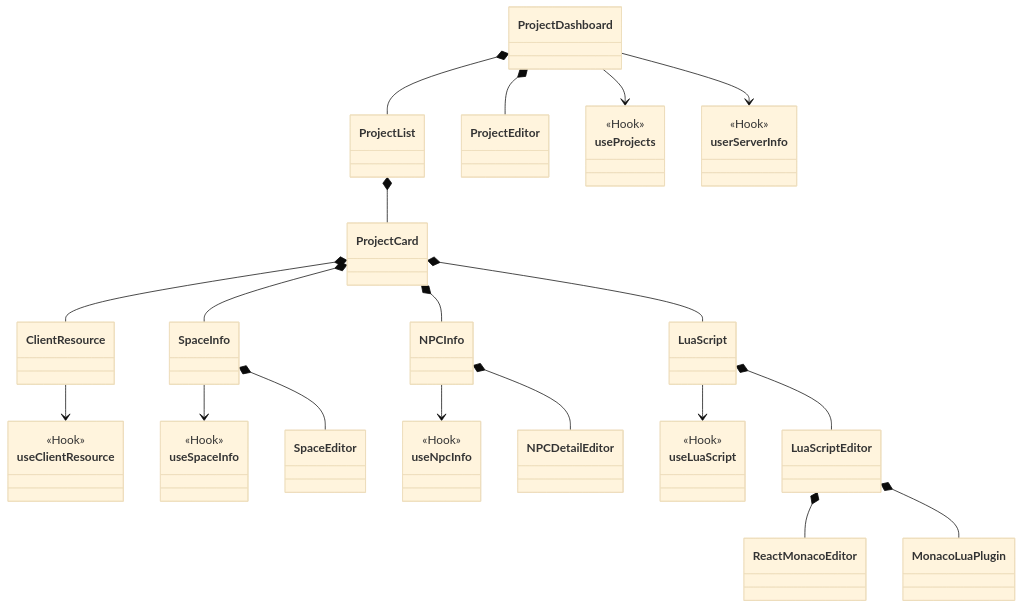
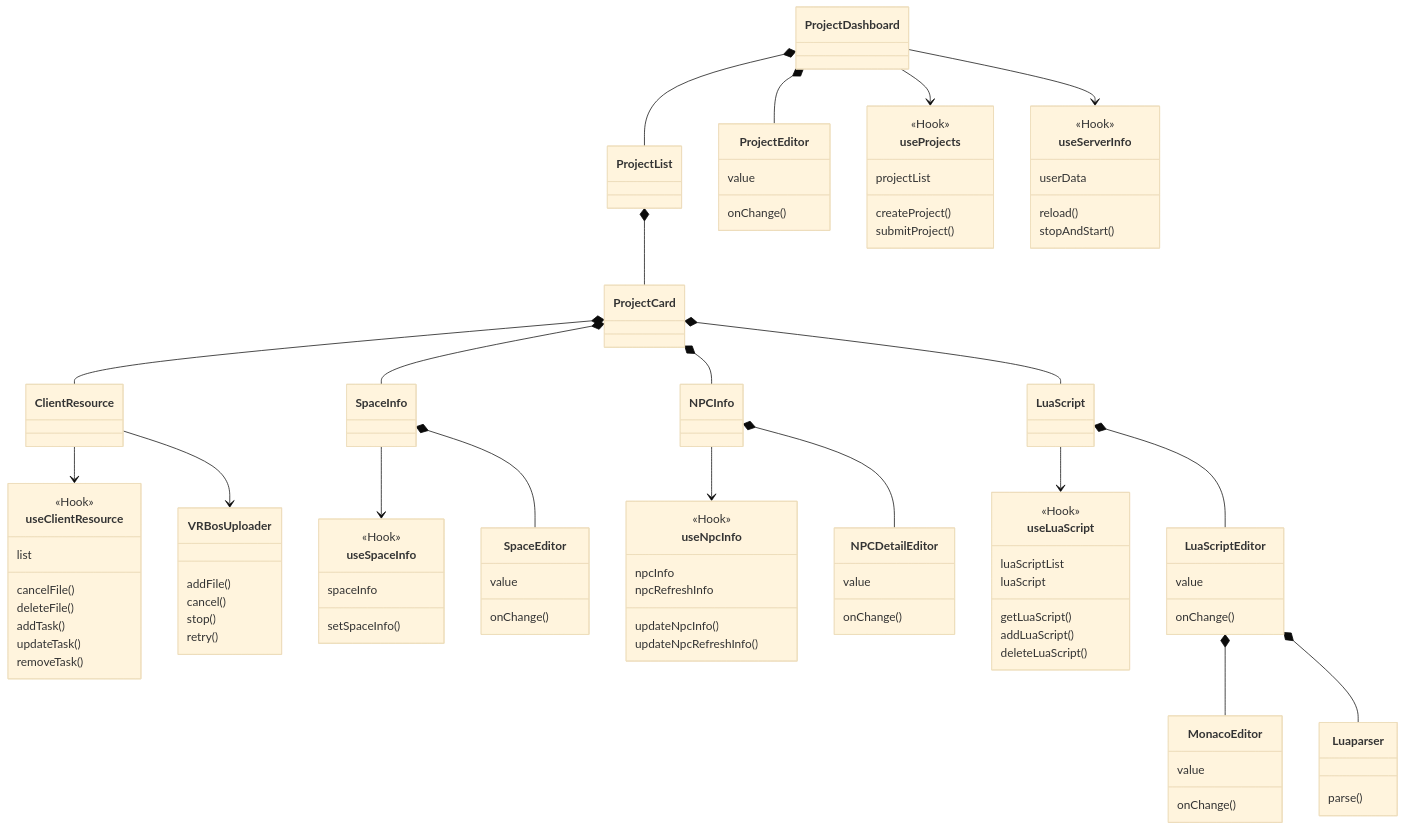
The eighth of 14 diagrams in src/routes/posts/2021/09/13-1519-xirang/document.mdx (mzvast/mzvast.github.io), drawn with Mermaid (base theme) before and after one commit. The commit also changed other lines of this file, not shown here.

Commit message:
update detail in hooks

````diff
--- a/src/routes/posts/2021/09/13-1519-xirang/document.mdx
+++ b/src/routes/posts/2021/09/13-1519-xirang/document.mdx
@@ -141,14 +141,18 @@
     }
 
     class ProjectEditor{
-
+	value
+	onChange()
     }
 
     ProjectDashboard --> useProjects
-    ProjectDashboard --> userServerInfo
+    ProjectDashboard --> useServerInfo
 
     class useProjects{
 	<<Hook>>
+	createProject()
+	projectList
+	submitProject()
     }
   
      class ProjectList{
@@ -166,8 +170,11 @@
      ProjectCard *-- LuaScript
     
 
-    class userServerInfo{
+    class useServerInfo{
 	<<Hook>>
+	userData
+	reload()
+	stopAndStart()
     }
     
      
@@ -175,9 +182,23 @@
     class ClientResource{
     }
     ClientResource --> useClientResource
+    ClientResource --> VRBosUploader
+
+    class VRBosUploader{
+	addFile()
+	cancel()
+	stop()
+	retry()
+    }
 
     class useClientResource{
 	<<Hook>>
+	list
+	cancelFile()
+	deleteFile()
+	addTask()
+	updateTask()
+	removeTask()
     }
 
     class SpaceInfo{
@@ -187,11 +208,15 @@
 
     class useSpaceInfo{
 	<<Hook>>
+	spaceInfo
+	setSpaceInfo()
     }
 
     SpaceInfo *-- SpaceEditor
 
     class SpaceEditor{
+	    value
+	    onChange()
     }
 
     class NPCInfo{
@@ -201,12 +226,17 @@
 
     class useNpcInfo{
 	    <<Hook>>	    
+	    npcInfo
+	    npcRefreshInfo
+	    updateNpcInfo()
+	    updateNpcRefreshInfo()
     }
 
     NPCInfo *-- NPCDetailEditor
 
     class NPCDetailEditor{
-
+	    value
+	    onChange()
     }
 
 
@@ -217,24 +247,29 @@
 
     class useLuaScript{
 	<<Hook>>
+	luaScriptList
+	luaScript
+	getLuaScript()
+	addLuaScript()
+	deleteLuaScript()
     }
 
     LuaScript *-- LuaScriptEditor
 
     class LuaScriptEditor{
+	    value
+	    onChange()
     }
 
-    LuaScriptEditor *-- ReactMonacoEditor
-    LuaScriptEditor *-- MonacoLuaPlugin
+    LuaScriptEditor *-- MonacoEditor
+    LuaScriptEditor *-- Luaparser
 
-    class ReactMonacoEditor{
-
+    class MonacoEditor{
+	value
+	onChange()
     }
 
-    class MonacoLuaPlugin{
-
+    class Luaparser{
+	parse()
     }
-
-    
-            
 ```
````
